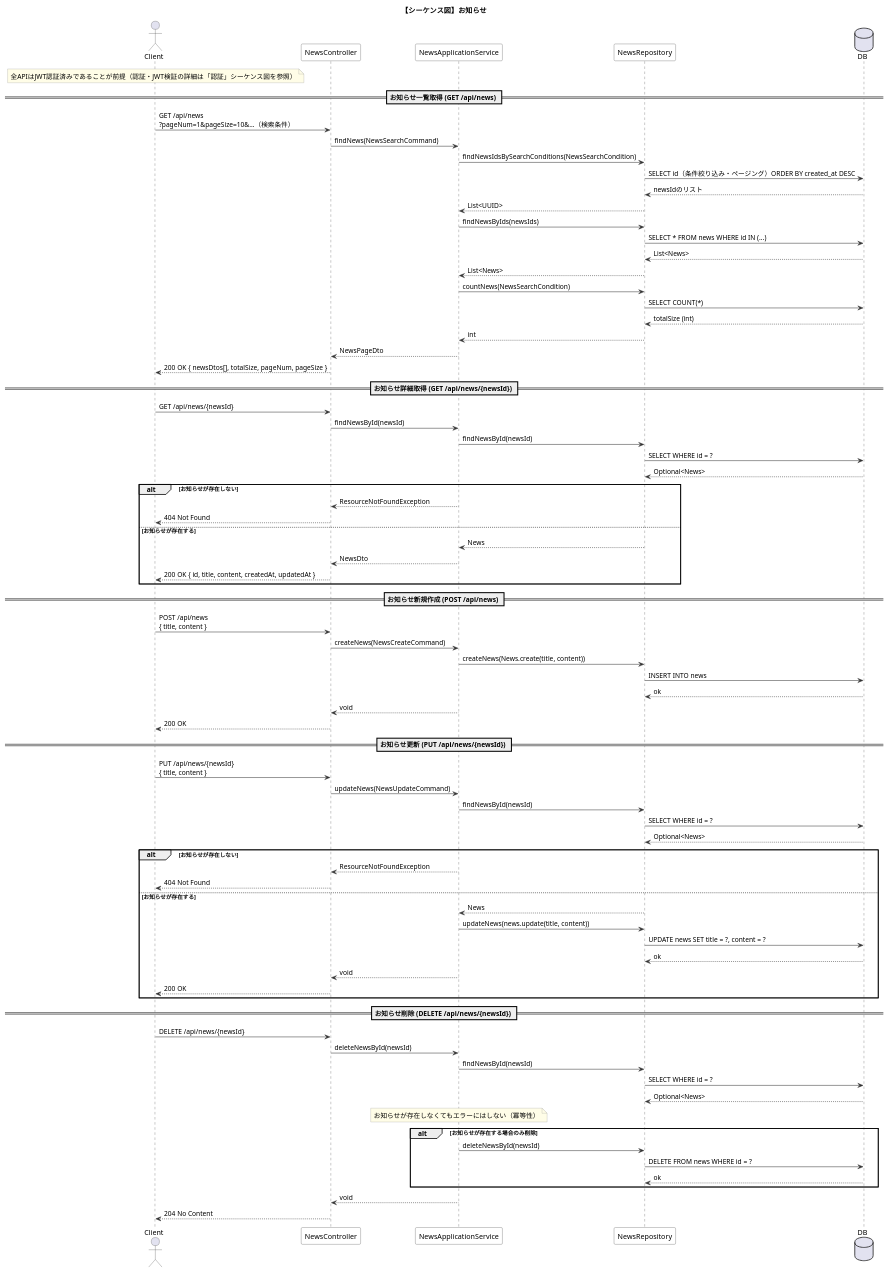
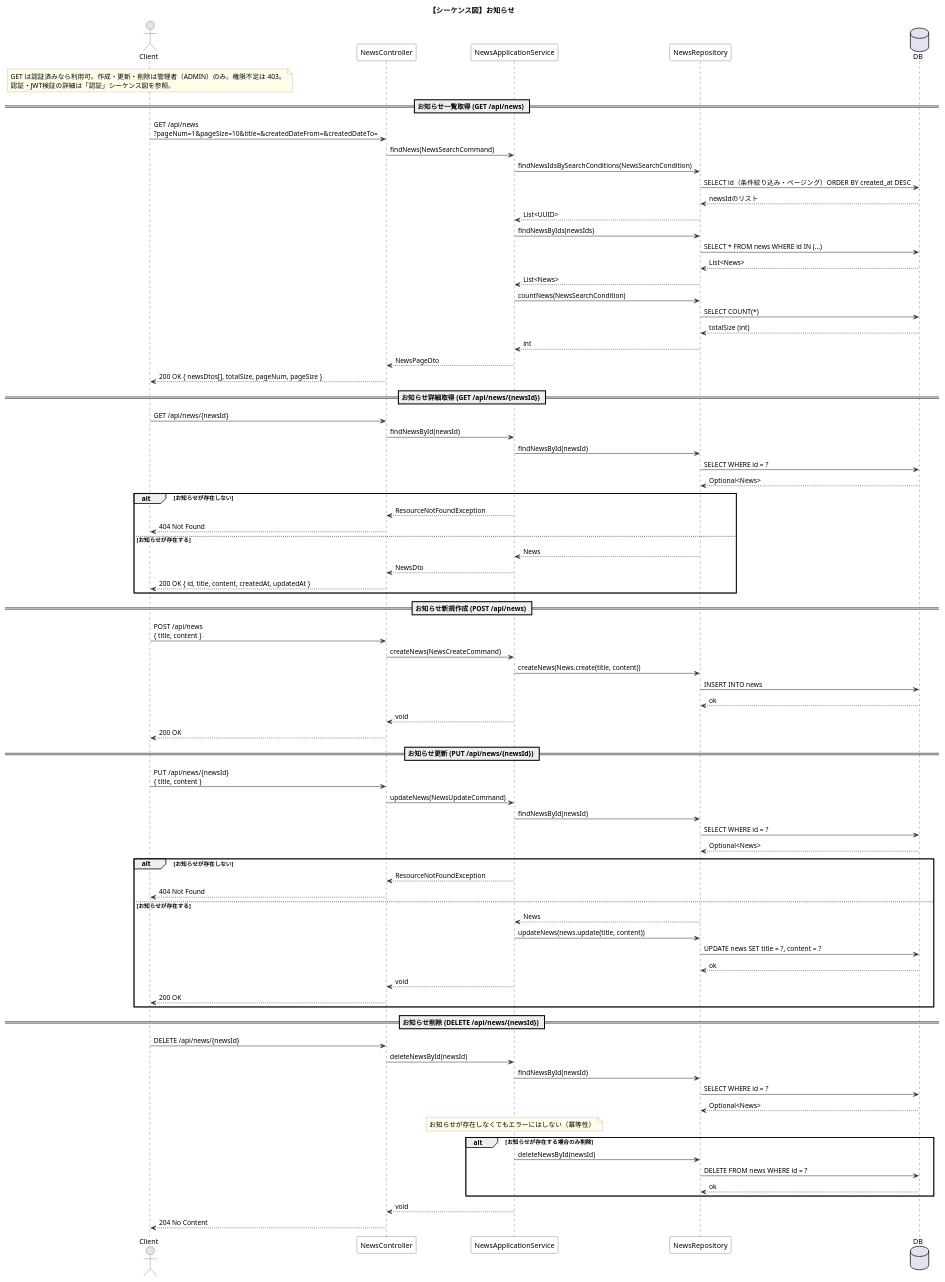
Before and after one commit to stra24/elms-backend: the diagram in docs/sequence-news.puml, drawn with PlantUML. The commit also changed 47 other files, not shown here.

Commit message:
シーケンス図の最新化。テストメソッド名の統一。

```diff
--- a/docs/sequence-news.puml
+++ b/docs/sequence-news.puml
@@ -1,142 +1,143 @@
 @startuml sequence-news
 title 【シーケンス図】お知らせ
 
 skinparam sequence {
   ArrowColor #333333
   ActorBorderColor #333333
   LifeLineBorderColor #333333
   ParticipantBorderColor #333333
   ParticipantBackgroundColor White
 }
 skinparam noteBackgroundColor #FFFDE7
 skinparam noteBorderColor #999999
 
 actor Client
 participant "NewsController" as Controller
 participant "NewsApplicationService" as AppService
 participant "NewsRepository" as Repo
 database "DB" as DB
 
 note over Client
-  全APIはJWT認証済みであることが前提（認証・JWT検証の詳細は「認証」シーケンス図を参照）
+  GET は認証済みなら利用可。作成・更新・削除は管理者（ADMIN）のみ。権限不足は 403。
+  認証・JWT検証の詳細は「認証」シーケンス図を参照。
 end note
 
 ' ============================================================
 ' お知らせ一覧取得
 ' ============================================================
 == お知らせ一覧取得 (GET /api/news) ==
 
-Client -> Controller : GET /api/news\n?pageNum=1&pageSize=10&...（検索条件）
+Client -> Controller : GET /api/news\n?pageNum=1&pageSize=10&title=&createdDateFrom=&createdDateTo=
 
 Controller -> AppService : findNews(NewsSearchCommand)
 
 AppService -> Repo : findNewsIdsBySearchConditions(NewsSearchCondition)
 Repo -> DB : SELECT id（条件絞り込み・ページング）ORDER BY created_at DESC
 DB --> Repo : newsIdのリスト
 Repo --> AppService : List<UUID>
 
 AppService -> Repo : findNewsByIds(newsIds)
 Repo -> DB : SELECT * FROM news WHERE id IN (...)
 DB --> Repo : List<News>
 Repo --> AppService : List<News>
 
 AppService -> Repo : countNews(NewsSearchCondition)
 Repo -> DB : SELECT COUNT(*)
 DB --> Repo : totalSize (int)
 Repo --> AppService : int
 
 AppService --> Controller : NewsPageDto
 Controller --> Client : 200 OK { newsDtos[], totalSize, pageNum, pageSize }
 
 ' ============================================================
 ' お知らせ詳細取得
 ' ============================================================
 == お知らせ詳細取得 (GET /api/news/{newsId}) ==
 
 Client -> Controller : GET /api/news/{newsId}
 
 Controller -> AppService : findNewsById(newsId)
 
 AppService -> Repo : findNewsById(newsId)
 Repo -> DB : SELECT WHERE id = ?
 DB --> Repo : Optional<News>
 
 alt お知らせが存在しない
   AppService --> Controller : ResourceNotFoundException
   Controller --> Client : 404 Not Found
 else お知らせが存在する
   Repo --> AppService : News
   AppService --> Controller : NewsDto
   Controller --> Client : 200 OK { id, title, content, createdAt, updatedAt }
 end
 
 ' ============================================================
 ' お知らせ新規作成
 ' ============================================================
 == お知らせ新規作成 (POST /api/news) ==
 
 Client -> Controller : POST /api/news\n{ title, content }
 
 Controller -> AppService : createNews(NewsCreateCommand)
 
 AppService -> Repo : createNews(News.create(title, content))
 Repo -> DB : INSERT INTO news
 DB --> Repo : ok
 
 AppService --> Controller : void
 Controller --> Client : 200 OK
 
 ' ============================================================
 ' お知らせ更新
 ' ============================================================
 == お知らせ更新 (PUT /api/news/{newsId}) ==
 
 Client -> Controller : PUT /api/news/{newsId}\n{ title, content }
 
 Controller -> AppService : updateNews(NewsUpdateCommand)
 
 AppService -> Repo : findNewsById(newsId)
 Repo -> DB : SELECT WHERE id = ?
 DB --> Repo : Optional<News>
 
 alt お知らせが存在しない
   AppService --> Controller : ResourceNotFoundException
   Controller --> Client : 404 Not Found
 else お知らせが存在する
   Repo --> AppService : News
 
   AppService -> Repo : updateNews(news.update(title, content))
   Repo -> DB : UPDATE news SET title = ?, content = ?
   DB --> Repo : ok
 
   AppService --> Controller : void
   Controller --> Client : 200 OK
 end
 
 ' ============================================================
 ' お知らせ削除
 ' ============================================================
 == お知らせ削除 (DELETE /api/news/{newsId}) ==
 
 Client -> Controller : DELETE /api/news/{newsId}
 
 Controller -> AppService : deleteNewsById(newsId)
 
 AppService -> Repo : findNewsById(newsId)
 Repo -> DB : SELECT WHERE id = ?
 DB --> Repo : Optional<News>
 
 note over AppService
   お知らせが存在しなくてもエラーにはしない（冪等性）
 end note
 
 alt お知らせが存在する場合のみ削除
   AppService -> Repo : deleteNewsById(newsId)
   Repo -> DB : DELETE FROM news WHERE id = ?
   DB --> Repo : ok
 end
 
 AppService --> Controller : void
 Controller --> Client : 204 No Content
 
 @enduml
```
